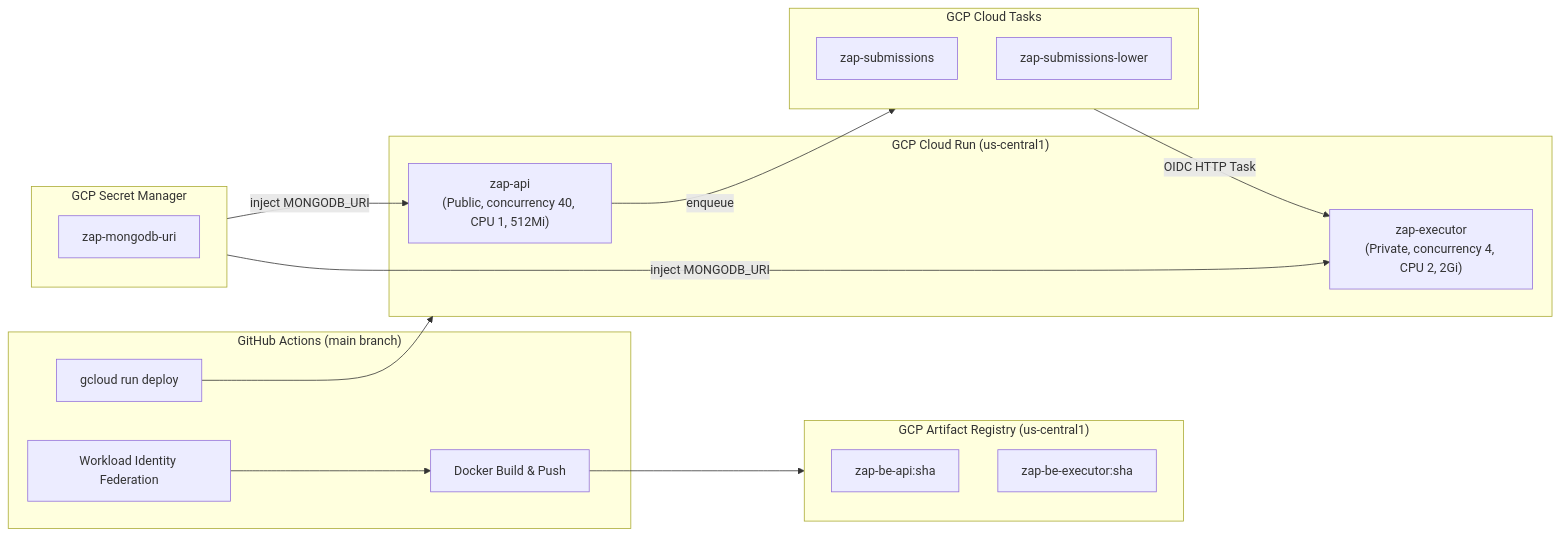
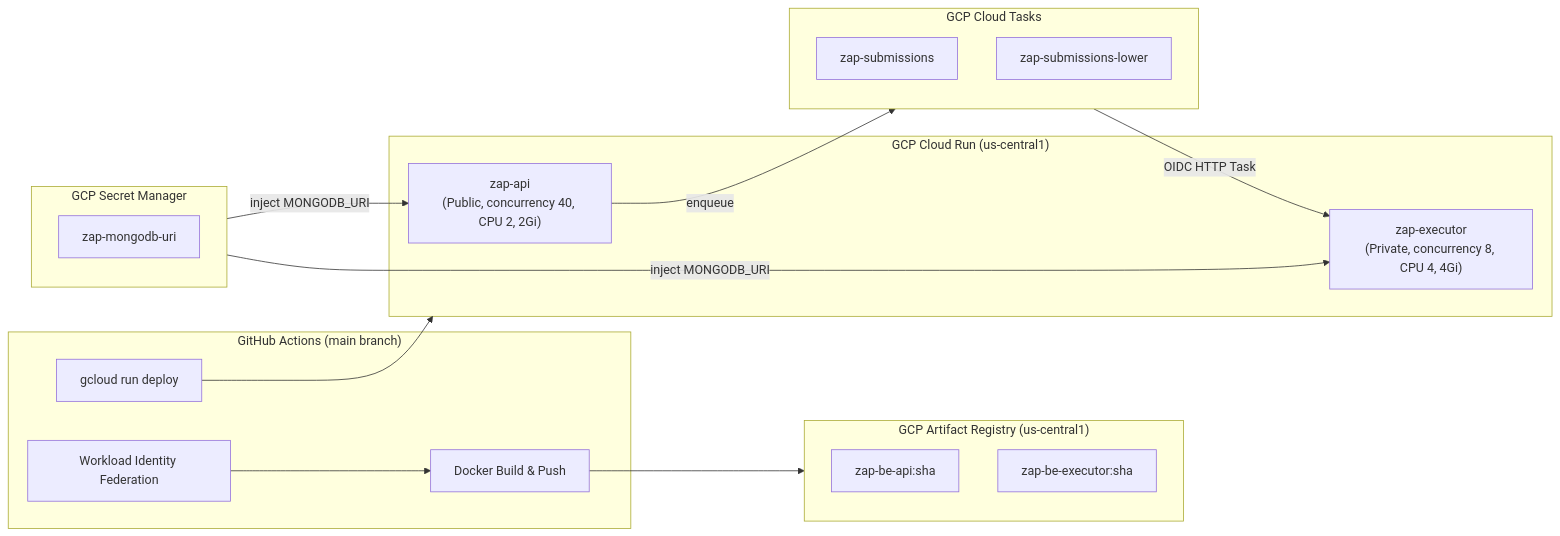
Before and after one commit to alendnl/zap: the first of 2 diagrams in docs/infrastructure/cloud-and-pipeline.md, drawn with Mermaid. The commit also changed other lines of this file and 3 other files, not shown here.

Commit message:
chore(infra): scale zap-executor, zap-api, and zap-submissions for high-concurrency contests

````diff
--- a/docs/infrastructure/cloud-and-pipeline.md
+++ b/docs/infrastructure/cloud-and-pipeline.md
@@ -9,34 +9,34 @@
 ```mermaid
 flowchart LR
     subgraph CI["GitHub Actions (main branch)"]
         WIF[Workload Identity Federation]
         Build[Docker Build & Push]
         Deploy[gcloud run deploy]
     end
 
     subgraph AR["GCP Artifact Registry (us-central1)"]
         IMG_API[zap-be-api:sha]
         IMG_EXEC[zap-be-executor:sha]
     end
 
     subgraph CR["GCP Cloud Run (us-central1)"]
-        API["zap-api<br/>(Public, concurrency 40, CPU 1, 512Mi)"]
-        EXEC["zap-executor<br/>(Private, concurrency 4, CPU 2, 2Gi)"]
+        API["zap-api<br/>(Public, concurrency 40, CPU 2, 2Gi)"]
+        EXEC["zap-executor<br/>(Private, concurrency 8, CPU 4, 4Gi)"]
     end
 
     subgraph TASKS["GCP Cloud Tasks"]
         QP[zap-submissions]
         QQ[zap-submissions-lower]
     end
 
     subgraph SEC["GCP Secret Manager"]
         MDB[zap-mongodb-uri]
     end
 
     WIF --> Build --> AR
     Deploy --> CR
     API -->|"enqueue"| TASKS
     TASKS -->|"OIDC HTTP Task"| EXEC
     SEC -->|"inject MONGODB_URI"| API
     SEC -->|"inject MONGODB_URI"| EXEC
 ```
````
